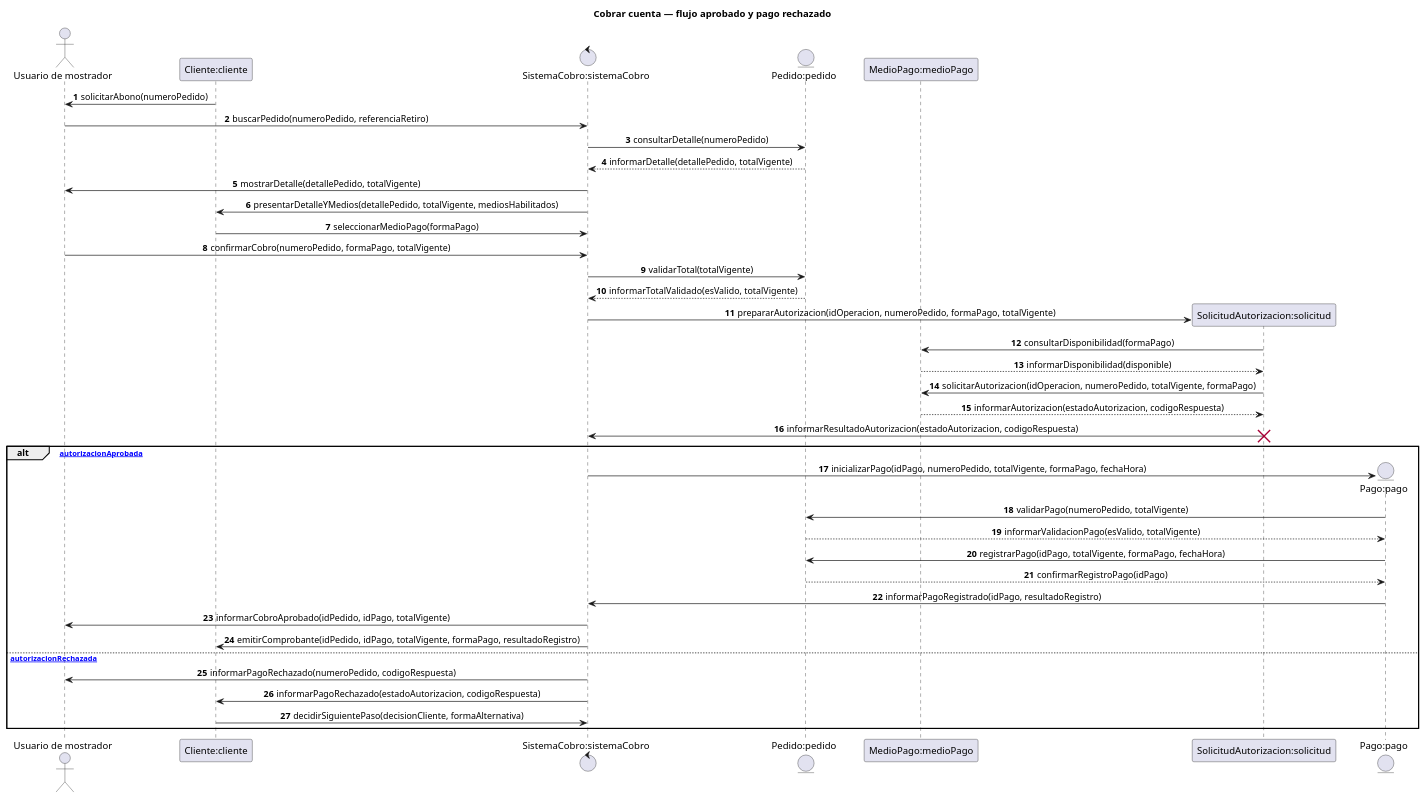
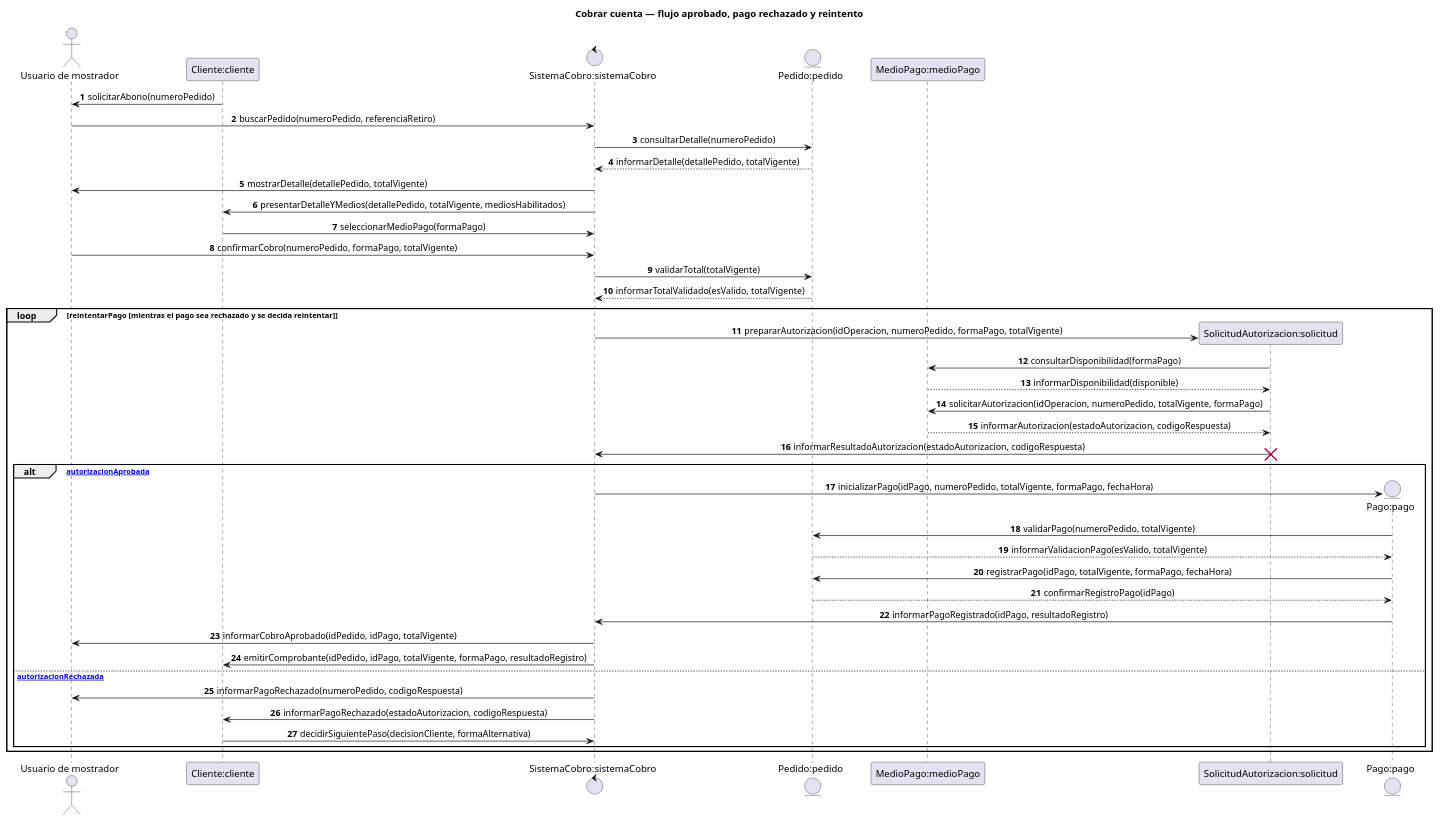
One commit to lucasmengarelli3/SistemaPedidos changed the diagram in diagramas/05-diagramas-secuencia/05-secuencia-cobrar-cuenta-flujo-principal-07.puml. Above: the diagram before and after it, drawn with PlantUML. The commit also changed 12 other files, not shown here.

Commit message:
fix(a3): corregir observaciones estructurales en diagramas de secuencia y actualizar trazabilidad de IA

```diff
--- a/diagramas/05-diagramas-secuencia/05-secuencia-cobrar-cuenta-flujo-principal-07.puml
+++ b/diagramas/05-diagramas-secuencia/05-secuencia-cobrar-cuenta-flujo-principal-07.puml
@@ -1,53 +1,55 @@
 @startuml
-title Cobrar cuenta — flujo aprobado y pago rechazado
+title Cobrar cuenta — flujo aprobado, pago rechazado y reintento
 
 autonumber
 skinparam sequenceMessageAlign center
 skinparam ParticipantPadding 25
 
 actor "Usuario de mostrador" as usuario
 participant "Cliente:cliente" as cliente
 control "SistemaCobro:sistemaCobro" as sistema
 entity "Pedido:pedido" as pedido
 participant "MedioPago:medioPago" as medioPago
 participant "SolicitudAutorizacion:solicitud" as solicitud
 entity "Pago:pago" as pago
 
 cliente -> usuario: solicitarAbono(numeroPedido)
 usuario -> sistema: buscarPedido(numeroPedido, referenciaRetiro)
 sistema -> pedido: consultarDetalle(numeroPedido)
 pedido --> sistema: informarDetalle(detallePedido, totalVigente)
 sistema -> usuario: mostrarDetalle(detallePedido, totalVigente)
 sistema -> cliente: presentarDetalleYMedios(detallePedido, totalVigente, mediosHabilitados)
 
 cliente -> sistema: seleccionarMedioPago(formaPago)
 usuario -> sistema: confirmarCobro(numeroPedido, formaPago, totalVigente)
 sistema -> pedido: validarTotal(totalVigente)
 pedido --> sistema: informarTotalValidado(esValido, totalVigente)
 
-create solicitud
-sistema -> solicitud: prepararAutorizacion(idOperacion, numeroPedido, formaPago, totalVigente)
-solicitud -> medioPago: consultarDisponibilidad(formaPago)
-medioPago --> solicitud: informarDisponibilidad(disponible)
-solicitud -> medioPago: solicitarAutorizacion(idOperacion, numeroPedido, totalVigente, formaPago)
-medioPago --> solicitud: informarAutorizacion(estadoAutorizacion, codigoRespuesta)
-solicitud -> sistema: informarResultadoAutorizacion(estadoAutorizacion, codigoRespuesta)
-destroy solicitud
+loop reintentarPago [mientras el pago sea rechazado y se decida reintentar]
+    create solicitud
+    sistema -> solicitud: prepararAutorizacion(idOperacion, numeroPedido, formaPago, totalVigente)
+    solicitud -> medioPago: consultarDisponibilidad(formaPago)
+    medioPago --> solicitud: informarDisponibilidad(disponible)
+    solicitud -> medioPago: solicitarAutorizacion(idOperacion, numeroPedido, totalVigente, formaPago)
+    medioPago --> solicitud: informarAutorizacion(estadoAutorizacion, codigoRespuesta)
+    solicitud -> sistema: informarResultadoAutorizacion(estadoAutorizacion, codigoRespuesta)
+    destroy solicitud
 
-alt [autorizacionAprobada]
-    create pago
-    sistema -> pago: inicializarPago(idPago, numeroPedido, totalVigente, formaPago, fechaHora)
-    pago -> pedido: validarPago(numeroPedido, totalVigente)
-    pedido --> pago: informarValidacionPago(esValido, totalVigente)
-    pago -> pedido: registrarPago(idPago, totalVigente, formaPago, fechaHora)
-    pedido --> pago: confirmarRegistroPago(idPago)
-    pago -> sistema: informarPagoRegistrado(idPago, resultadoRegistro)
-    sistema -> usuario: informarCobroAprobado(idPedido, idPago, totalVigente)
-    sistema -> cliente: emitirComprobante(idPedido, idPago, totalVigente, formaPago, resultadoRegistro)
-else [autorizacionRechazada]
-    sistema -> usuario: informarPagoRechazado(numeroPedido, codigoRespuesta)
-    sistema -> cliente: informarPagoRechazado(estadoAutorizacion, codigoRespuesta)
-    cliente -> sistema: decidirSiguientePaso(decisionCliente, formaAlternativa)
+    alt [autorizacionAprobada]
+        create pago
+        sistema -> pago: inicializarPago(idPago, numeroPedido, totalVigente, formaPago, fechaHora)
+        pago -> pedido: validarPago(numeroPedido, totalVigente)
+        pedido --> pago: informarValidacionPago(esValido, totalVigente)
+        pago -> pedido: registrarPago(idPago, totalVigente, formaPago, fechaHora)
+        pedido --> pago: confirmarRegistroPago(idPago)
+        pago -> sistema: informarPagoRegistrado(idPago, resultadoRegistro)
+        sistema -> usuario: informarCobroAprobado(idPedido, idPago, totalVigente)
+        sistema -> cliente: emitirComprobante(idPedido, idPago, totalVigente, formaPago, resultadoRegistro)
+    else [autorizacionRechazada]
+        sistema -> usuario: informarPagoRechazado(numeroPedido, codigoRespuesta)
+        sistema -> cliente: informarPagoRechazado(estadoAutorizacion, codigoRespuesta)
+        cliente -> sistema: decidirSiguientePaso(decisionCliente, formaAlternativa)
+    end
 end
 
 @enduml
```
